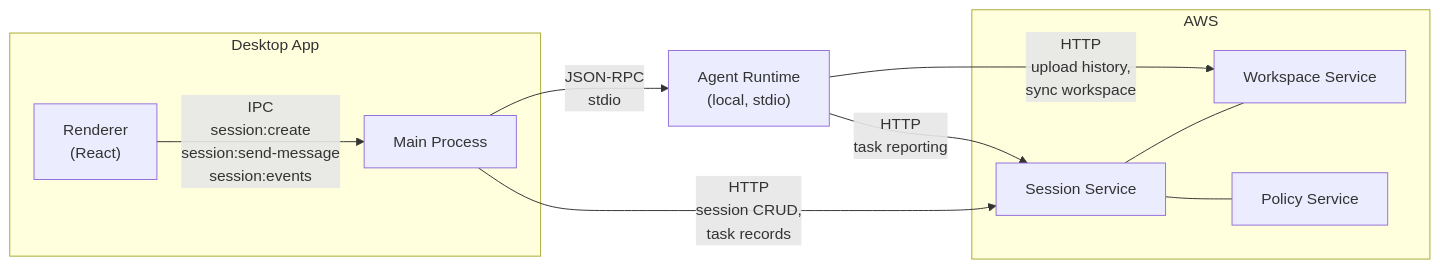
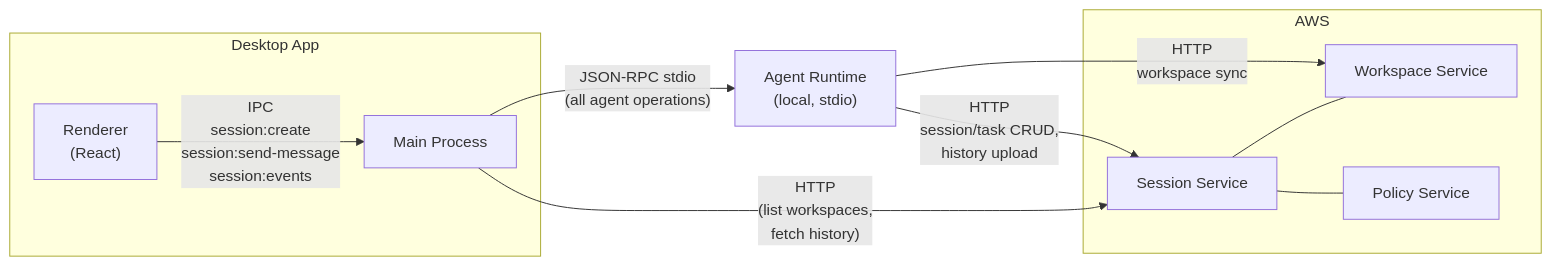
One commit to suman724/cowork-infra changed the second of 5 diagrams in docs/design/simplified-session-api.md. Above: the diagram before and after it, drawn with Mermaid. The commit also changed other lines of this file, not shown here.

First line of the commit message:
docs: simplify desktop BFF — thin stdio forwarder, not orchestrator

````diff
--- a/docs/design/simplified-session-api.md
+++ b/docs/design/simplified-session-api.md
@@ -81,23 +81,23 @@
 ```mermaid
 flowchart LR
     subgraph Electron["Desktop App"]
         Renderer["Renderer<br/>(React)"]
         Main["Main Process"]
         Renderer -->|"IPC<br/>session:create<br/>session:send-message<br/>session:events"| Main
     end
 
     LocalAgent["Agent Runtime<br/>(local, stdio)"]
 
     subgraph Cloud["AWS"]
         SS["Session Service"]
         WS["Workspace Service"]
         PS["Policy Service"]
         SS --- WS
         SS --- PS
     end
 
-    Main -->|"JSON-RPC<br/>stdio"| LocalAgent
-    Main -->|"HTTP<br/>session CRUD,<br/>task records"| SS
-    LocalAgent -->|"HTTP<br/>upload history,<br/>sync workspace"| WS
-    LocalAgent -->|"HTTP<br/>task reporting"| SS
+    Main -->|"JSON-RPC stdio<br/>(all agent operations)"| LocalAgent
+    Main -->|"HTTP<br/>(list workspaces,<br/>fetch history)"| SS
+    LocalAgent -->|"HTTP<br/>session/task CRUD,<br/>history upload"| SS
+    LocalAgent -->|"HTTP<br/>workspace sync"| WS
 ```
````
